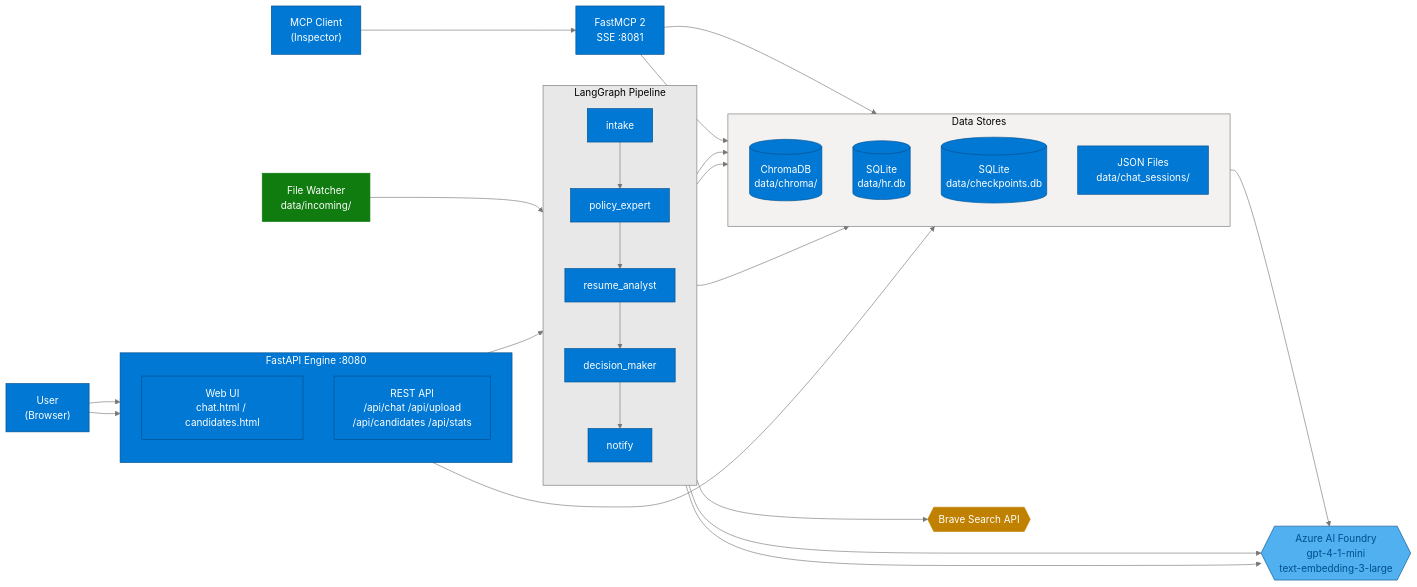
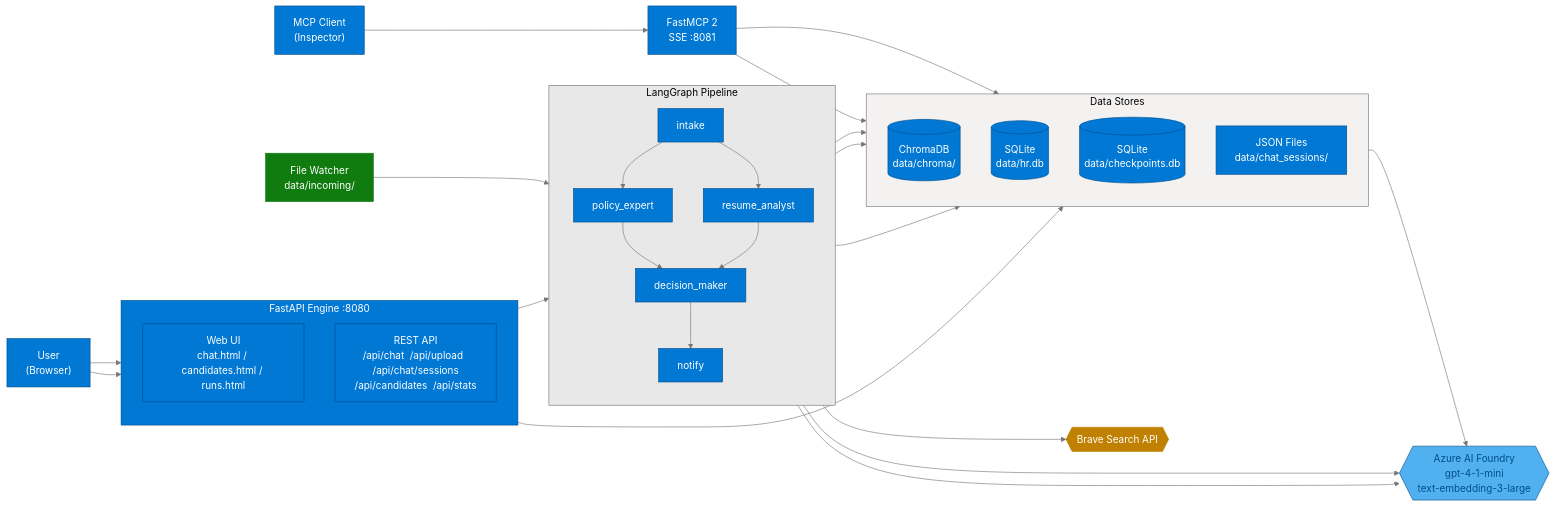
Before and after one commit to pythontime/agents2: the first of 7 diagrams in docs/ARCHITECTURE.md, drawn with Mermaid. The commit also changed other lines of this file and 141 other files, not shown here.

First line of the commit message:
feat: parallel pipeline, Pipeline Runs page, chat sessions, full doc refresh

````diff
--- a/docs/ARCHITECTURE.md
+++ b/docs/ARCHITECTURE.md
@@ -18,63 +18,65 @@
 ```mermaid
 %%{init: {'theme':'base','themeVariables':{'primaryColor':'#0078D4','primaryTextColor':'#FFFFFF','primaryBorderColor':'#004E8C','lineColor':'#767676','secondaryColor':'#E8E8E8','tertiaryColor':'#F3F2F1'}}}%%
 flowchart LR
     USER["User<br/>(Browser)"]
     INSPECTOR["MCP Client<br/>(Inspector)"]
 
     subgraph ENGINE["FastAPI Engine :8080"]
         direction TB
-        WEBUI["Web UI<br/>chat.html / candidates.html"]
-        API["REST API<br/>/api/chat  /api/upload<br/>/api/candidates  /api/stats"]
+        WEBUI["Web UI<br/>chat.html / candidates.html / runs.html"]
+        API["REST API<br/>/api/chat  /api/upload  /api/chat/sessions<br/>/api/candidates  /api/stats"]
     end
 
     subgraph PIPELINE_CLUSTER["LangGraph Pipeline"]
         direction TB
         N1["intake"]
         N2["policy_expert"]
         N3["resume_analyst"]
         N4["decision_maker"]
         N5["notify"]
-        N1 --> N2 --> N3 --> N4 --> N5
+        N1 --> N2 & N3
+        N2 & N3 --> N4
+        N4 --> N5
     end
 
     subgraph DATA["Data Stores"]
         direction TB
         CHROMADB[("ChromaDB<br/>data/chroma/")]
         SQLITE_HR[("SQLite<br/>data/hr.db")]
         SQLITE_CP[("SQLite<br/>data/checkpoints.db")]
         CHAT_JSON["JSON Files<br/>data/chat_sessions/"]
     end
 
     AZURE{{"Azure AI Foundry<br/>gpt-4-1-mini<br/>text-embedding-3-large"}}
     style AZURE fill:#50B0F0,color:#004E8C,stroke:#004E8C
 
     MCP_SERVER["FastMCP 2<br/>SSE :8081"]
     style MCP_SERVER fill:#0078D4,color:#FFFFFF,stroke:#004E8C
 
     WATCHER["File Watcher<br/>data/incoming/"]
     style WATCHER fill:#107C10,color:#FFFFFF,stroke:#107C10
 
     BRAVE{{"Brave Search API"}}
     style BRAVE fill:#C08000,color:#FFFFFF,stroke:#C08000
 
     USER --> WEBUI
     USER --> API
     API --> PIPELINE_CLUSTER
     WATCHER --> PIPELINE_CLUSTER
     INSPECTOR --> MCP_SERVER
     MCP_SERVER --> SQLITE_HR
     MCP_SERVER --> CHROMADB
 
     N2 --> CHROMADB
     N3 --> BRAVE
     N5 --> SQLITE_HR
     PIPELINE_CLUSTER --> SQLITE_CP
     API --> CHAT_JSON
     PIPELINE_CLUSTER --> AZURE
     N2 --> AZURE
     CHROMADB --> AZURE
 
     style ENGINE fill:#0078D4,color:#FFFFFF,stroke:#004E8C
     style PIPELINE_CLUSTER fill:#E8E8E8,color:#000000,stroke:#767676
     style DATA fill:#F3F2F1,color:#000000,stroke:#767676
 ```
````
